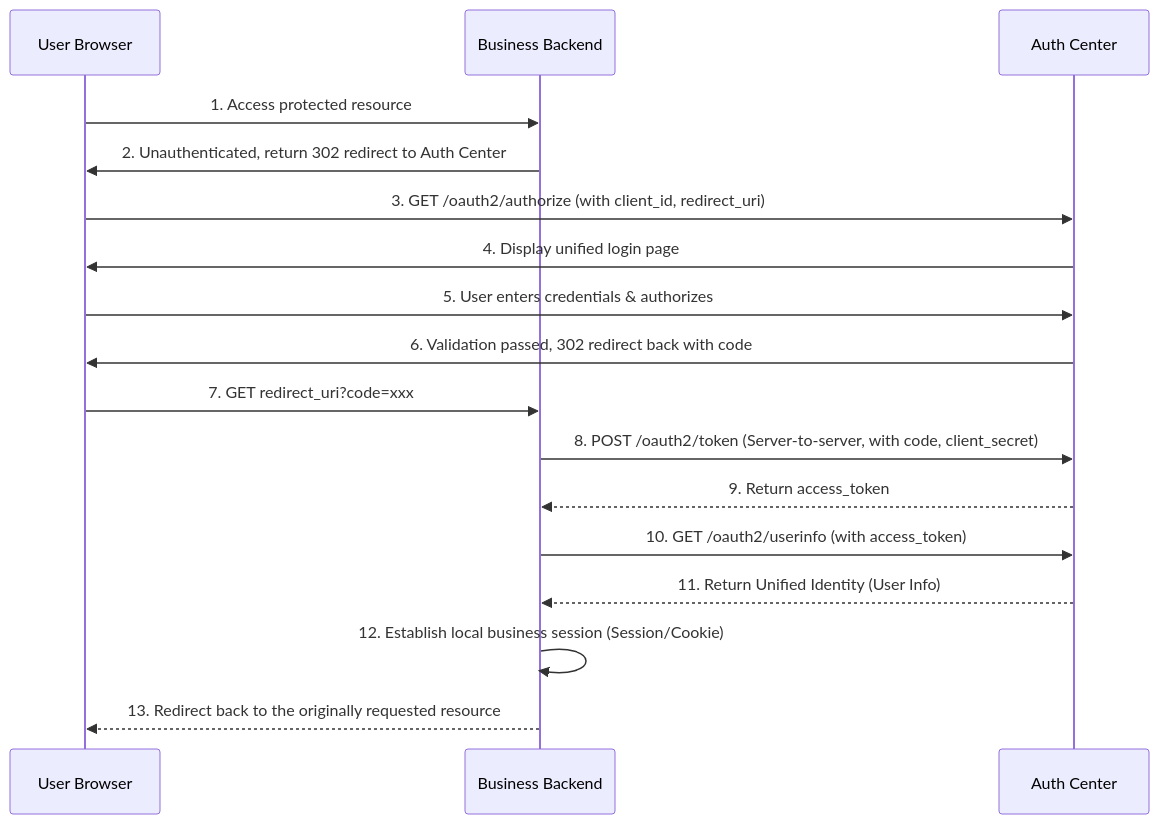
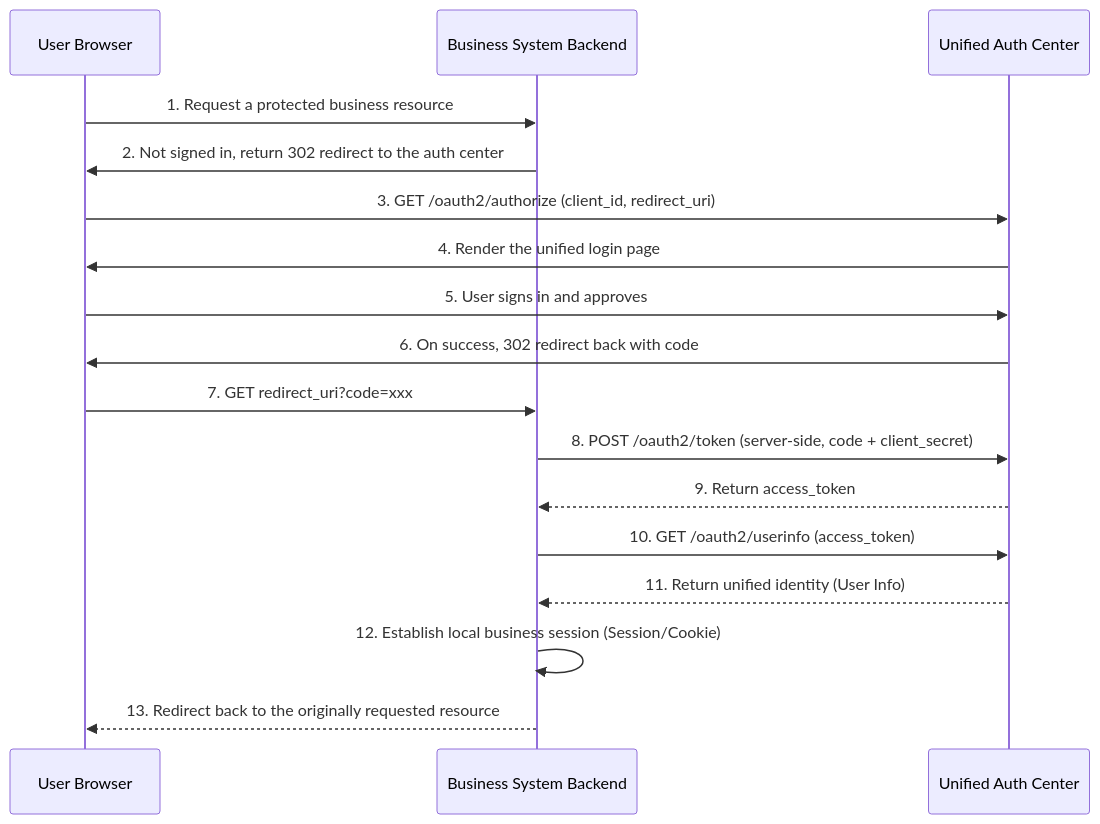
The diagram in website/i18n/en/docusaurus-plugin-content-docs/current/authentication/oauth2-integration.md (geelato-projects/geelato-community-backend), drawn with Mermaid before and after one commit. The commit also changed other lines of this file and 102 other files, not shown here.

````diff
--- a/website/i18n/en/docusaurus-plugin-content-docs/current/authentication/oauth2-integration.md
+++ b/website/i18n/en/docusaurus-plugin-content-docs/current/authentication/oauth2-integration.md
@@ -27,20 +69,20 @@
 ```mermaid
 sequenceDiagram
     participant User as User Browser
-    participant Client as Business Backend
-    participant AuthServer as Auth Center
+    participant Client as Business System Backend
+    participant AuthServer as Unified Auth Center
 
-    User->>Client: 1. Access protected resource
-    Client->>User: 2. Unauthenticated, return 302 redirect to Auth Center
-    User->>AuthServer: 3. GET /oauth2/authorize (with client_id, redirect_uri)
-    AuthServer->>User: 4. Display unified login page
-    User->>AuthServer: 5. User enters credentials & authorizes
-    AuthServer->>User: 6. Validation passed, 302 redirect back with code
+    User->>Client: 1. Request a protected business resource
+    Client->>User: 2. Not signed in, return 302 redirect to the auth center
+    User->>AuthServer: 3. GET /oauth2/authorize (client_id, redirect_uri)
+    AuthServer->>User: 4. Render the unified login page
+    User->>AuthServer: 5. User signs in and approves
+    AuthServer->>User: 6. On success, 302 redirect back with code
     User->>Client: 7. GET redirect_uri?code=xxx
-    Client->>AuthServer: 8. POST /oauth2/token (Server-to-server, with code, client_secret)
+    Client->>AuthServer: 8. POST /oauth2/token (server-side, code + client_secret)
     AuthServer-->>Client: 9. Return access_token
-    Client->>AuthServer: 10. GET /oauth2/userinfo (with access_token)
-    AuthServer-->>Client: 11. Return Unified Identity (User Info)
+    Client->>AuthServer: 10. GET /oauth2/userinfo (access_token)
+    AuthServer-->>Client: 11. Return unified identity (User Info)
     Client->>Client: 12. Establish local business session (Session/Cookie)
     Client-->>User: 13. Redirect back to the originally requested resource
 ```
````
